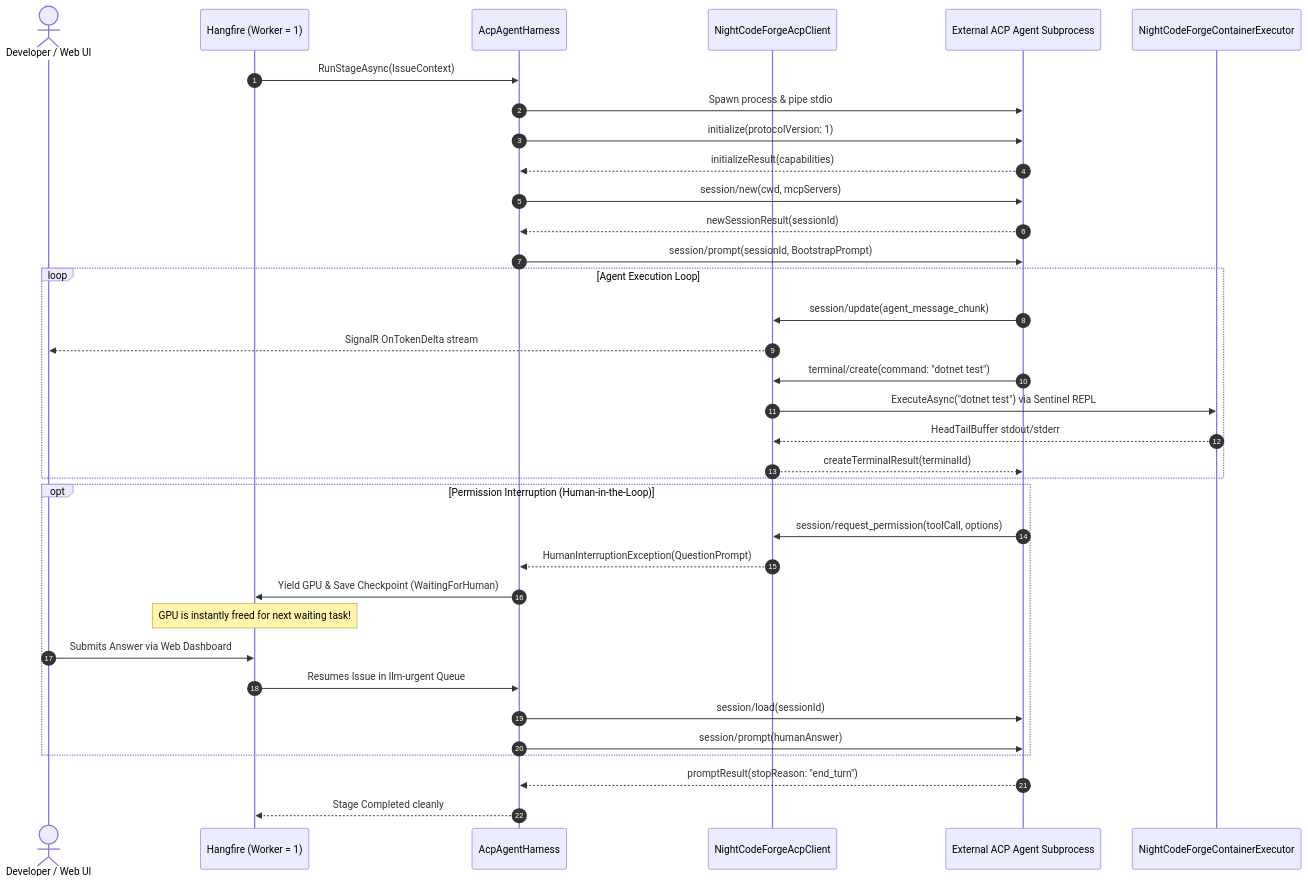
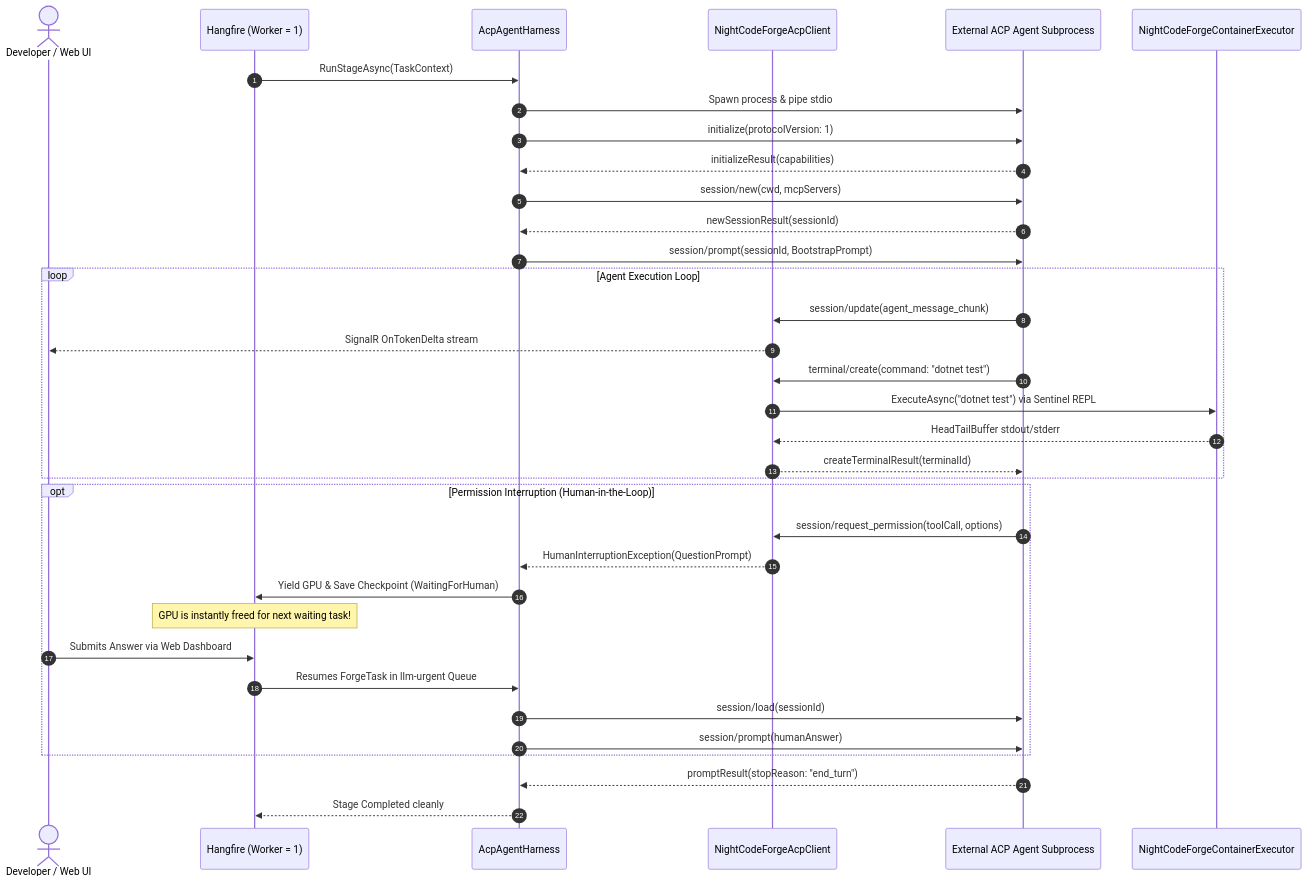
Before and after one commit to jetelain/NightCodeForge: the second of 2 diagrams in docs/ACP.md, drawn with Mermaid. The commit also changed other lines of this file and 151 other files, not shown here.

Commit message:
Issue -> Task

````diff
--- a/docs/ACP.md
+++ b/docs/ACP.md
@@ -296,44 +296,44 @@
 ```mermaid
 sequenceDiagram
     autonumber
     actor Dev as Developer / Web UI
     participant Queue as Hangfire (Worker = 1)
     participant Harness as AcpAgentHarness
     participant Client as NightCodeForgeAcpClient
     participant Agent as External ACP Agent Subprocess
     participant Sandbox as NightCodeForgeContainerExecutor
 
-    Queue->>Harness: RunStageAsync(IssueContext)
+    Queue->>Harness: RunStageAsync(TaskContext)
     Harness->>Agent: Spawn process & pipe stdio
     Harness->>Agent: initialize(protocolVersion: 1)
     Agent-->>Harness: initializeResult(capabilities)
     Harness->>Agent: session/new(cwd, mcpServers)
     Agent-->>Harness: newSessionResult(sessionId)
 
     Harness->>Agent: session/prompt(sessionId, BootstrapPrompt)
     
     loop Agent Execution Loop
         Agent->>Client: session/update(agent_message_chunk)
         Client-->>Dev: SignalR OnTokenDelta stream
         
         Agent->>Client: terminal/create(command: "dotnet test")
         Client->>Sandbox: ExecuteAsync("dotnet test") via Sentinel REPL
         Sandbox-->>Client: HeadTailBuffer stdout/stderr
         Client-->>Agent: createTerminalResult(terminalId)
     end
 
     opt Permission Interruption (Human-in-the-Loop)
         Agent->>Client: session/request_permission(toolCall, options)
         Client-->>Harness: HumanInterruptionException(QuestionPrompt)
         Harness->>Queue: Yield GPU & Save Checkpoint (WaitingForHuman)
         Note over Queue: GPU is instantly freed for next waiting task!
         
         Dev->>Queue: Submits Answer via Web Dashboard
-        Queue->>Harness: Resumes Issue in llm-urgent Queue
+        Queue->>Harness: Resumes ForgeTask in llm-urgent Queue
         Harness->>Agent: session/load(sessionId)
         Harness->>Agent: session/prompt(humanAnswer)
     end
 
     Agent-->>Harness: promptResult(stopReason: "end_turn")
     Harness-->>Queue: Stage Completed cleanly
 ```
````
